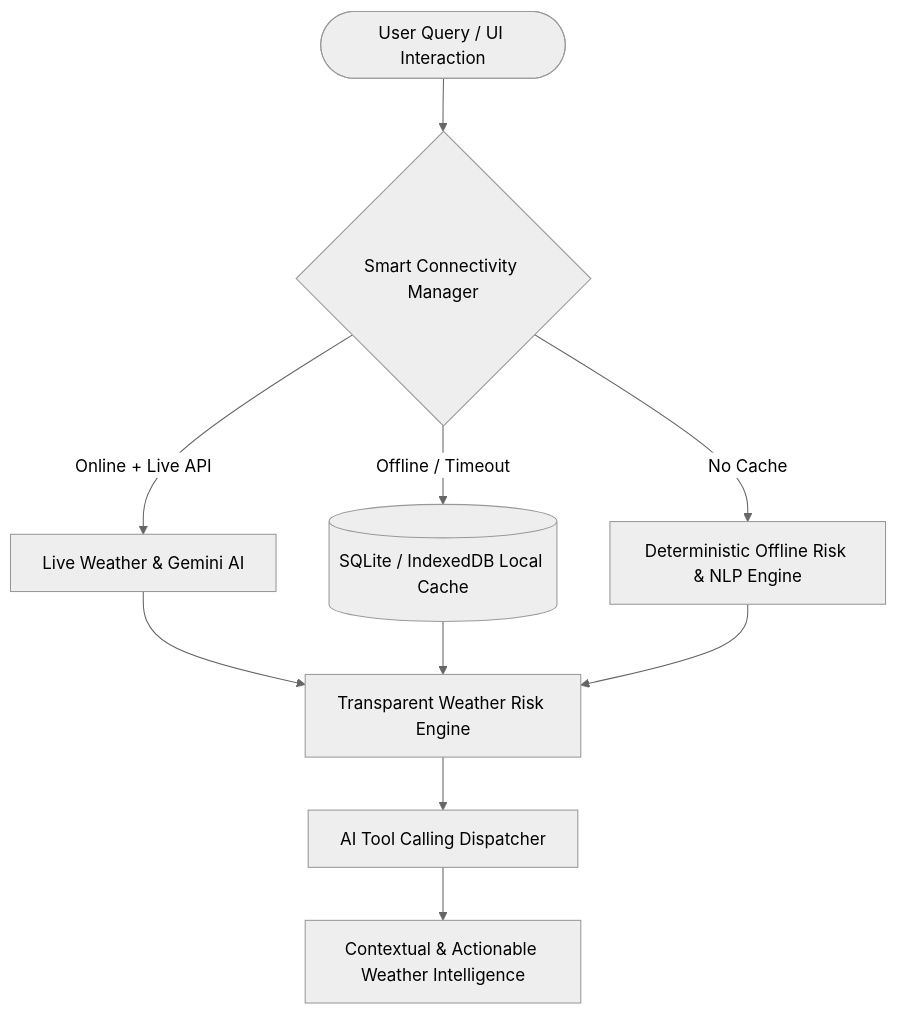
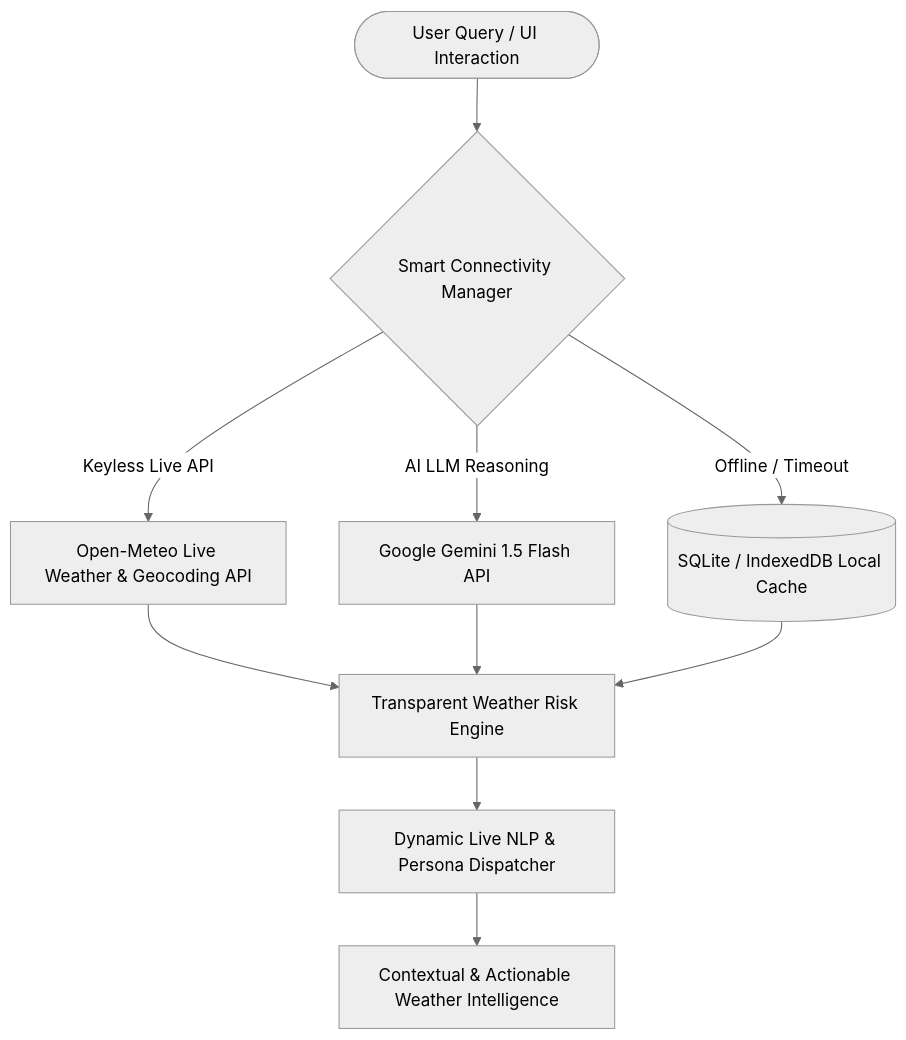
Before and after one commit to innocentgaming/weathergpt: the diagram in README.md, drawn with Mermaid (neutral theme). The commit also changed other lines of this file, not shown here.

Commit message:
Update README.md with live API architecture, interactive map layers, and dynamic NLP engine

````diff
--- a/README.md
+++ b/README.md
@@ -30,14 +30,14 @@
 ```mermaid
 graph TD
     User([User Query / UI Interaction]) --> ConnMgr{Smart Connectivity Manager}
-    ConnMgr -->|Online + Live API| LiveAPI[Live Weather & Gemini AI]
+    ConnMgr -->|Keyless Live API| OpenMeteo[Open-Meteo Live Weather & Geocoding API]
+    ConnMgr -->|AI LLM Reasoning| Gemini[Google Gemini 1.5 Flash API]
     ConnMgr -->|Offline / Timeout| LocalCache[(SQLite / IndexedDB Local Cache)]
-    ConnMgr -->|No Cache| DemoEngine[Deterministic Offline Risk & NLP Engine]
 
-    LiveAPI --> RiskEngine[Transparent Weather Risk Engine]
+    OpenMeteo --> RiskEngine[Transparent Weather Risk Engine]
+    Gemini --> RiskEngine
     LocalCache --> RiskEngine
-    DemoEngine --> RiskEngine
 
-    RiskEngine --> ToolDispatcher[AI Tool Calling Dispatcher]
+    RiskEngine --> ToolDispatcher[Dynamic Live NLP & Persona Dispatcher]
     ToolDispatcher --> Output[Contextual & Actionable Weather Intelligence]
 ```
````
